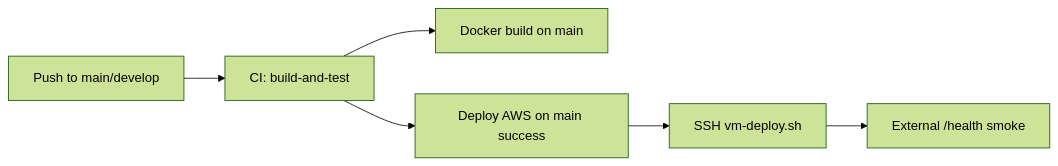
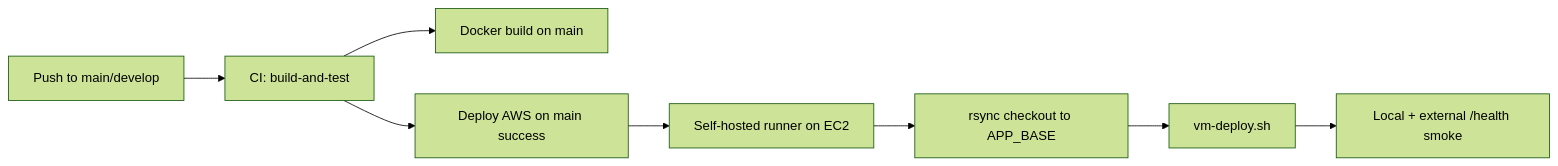
The diagram in GITHUB_ACTIONS_AUDIT.md (kshitijsince2004/demo_zedral), drawn with Mermaid (forest theme) before and after one commit. The commit also changed other lines of this file and 3 other files, not shown here.

First line of the commit message:
fix(deploy): use APP_BASE env in AWS workflow and refresh CI/CD audit.

````diff
--- a/GITHUB_ACTIONS_AUDIT.md
+++ b/GITHUB_ACTIONS_AUDIT.md
@@ -10,8 +10,10 @@
 ```mermaid
 flowchart LR
   push[Push to main/develop] --> ci[CI: build-and-test]
   ci --> docker[Docker build on main]
   ci --> deploy[Deploy AWS on main success]
-  deploy --> ssh[SSH vm-deploy.sh]
-  ssh --> smoke[External /health smoke]
+  deploy --> runner[Self-hosted runner on EC2]
+  runner --> rsync[rsync checkout to APP_BASE]
+  rsync --> vmdeploy[vm-deploy.sh]
+  vmdeploy --> smoke[Local + external /health smoke]
 ```
````
